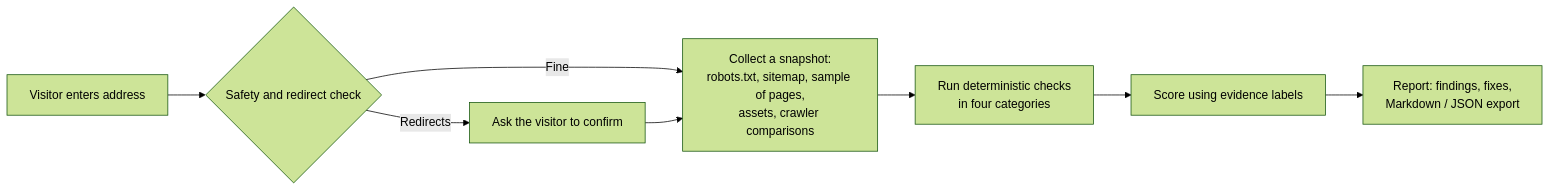
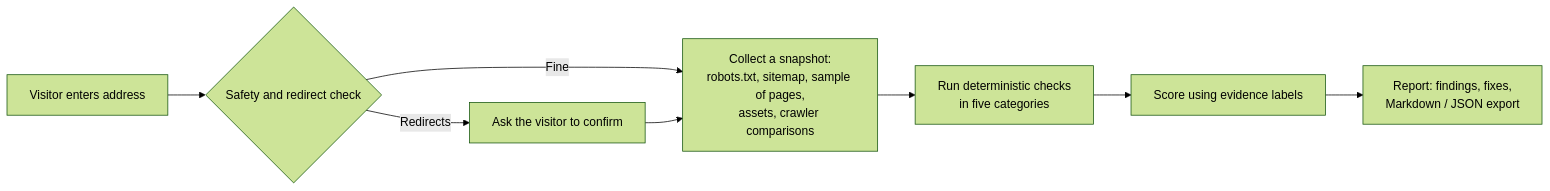
Before and after one commit to leewoodconsult/readme-website-seo-quality-test: the diagram in README.md, drawn with Mermaid (forest theme). The commit also changed other lines of this file, not shown here.

````diff
--- a/README.md
+++ b/README.md
@@ -87,10 +88,10 @@
 ```mermaid
 flowchart LR
   A[Visitor enters address] --> B{Safety and redirect check}
   B -->|Redirects| C[Ask the visitor to confirm]
   B -->|Fine| D[Collect a snapshot:<br/>robots.txt, sitemap, sample of pages,<br/>assets, crawler comparisons]
   C --> D
-  D --> E[Run deterministic checks<br/>in four categories]
+  D --> E[Run deterministic checks<br/>in five categories]
   E --> F[Score using evidence labels]
   F --> G[Report: findings, fixes,<br/>Markdown / JSON export]
 ```
````
